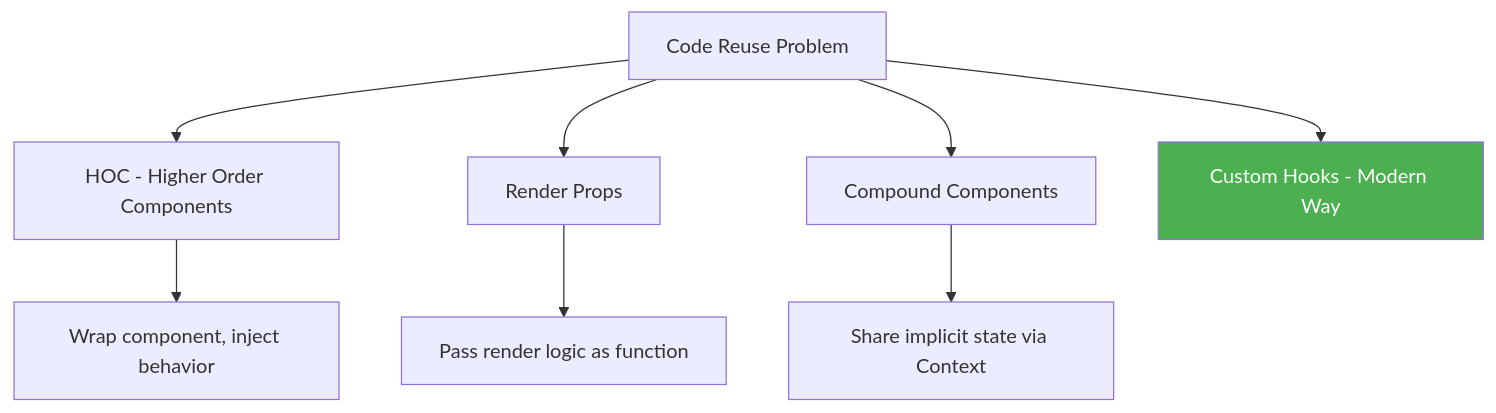
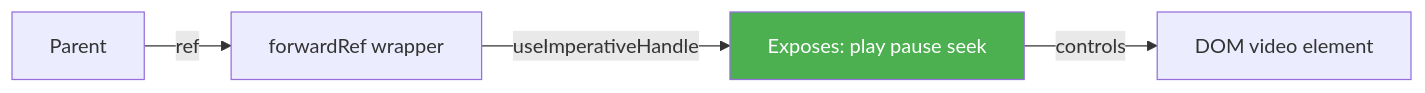
One commit to Maksof-waqarahmed/Web-Development-2-ReactJs changed the second of 3 diagrams in React/week_10/class_2/README.md. Above: the diagram before and after it, drawn with Mermaid. The commit also changed other lines of this file and 25 other files, not shown here.

````diff
--- a/React/week_10/class_2/README.md
+++ b/React/week_10/class_2/README.md
@@ -24,11 +351,7 @@
 ```mermaid
-graph TD
-    A[Code Reuse Problem] --> B[HOC - Higher Order Components]
-    A --> C[Render Props]
-    A --> D[Compound Components]
-    A --> E[Custom Hooks - Modern Way]
-    B --> F[Wrap component, inject behavior]
-    C --> G[Pass render logic as function]
-    D --> H[Share implicit state via Context]
-    style E fill:#4caf50,color:#fff
+graph LR
+    A[Parent] -->|ref| B[forwardRef wrapper]
+    B -->|useImperativeHandle| C[Exposes: play pause seek]
+    C -->|controls| D[DOM video element]
+    style C fill:#4caf50,color:#fff
 ```
````
